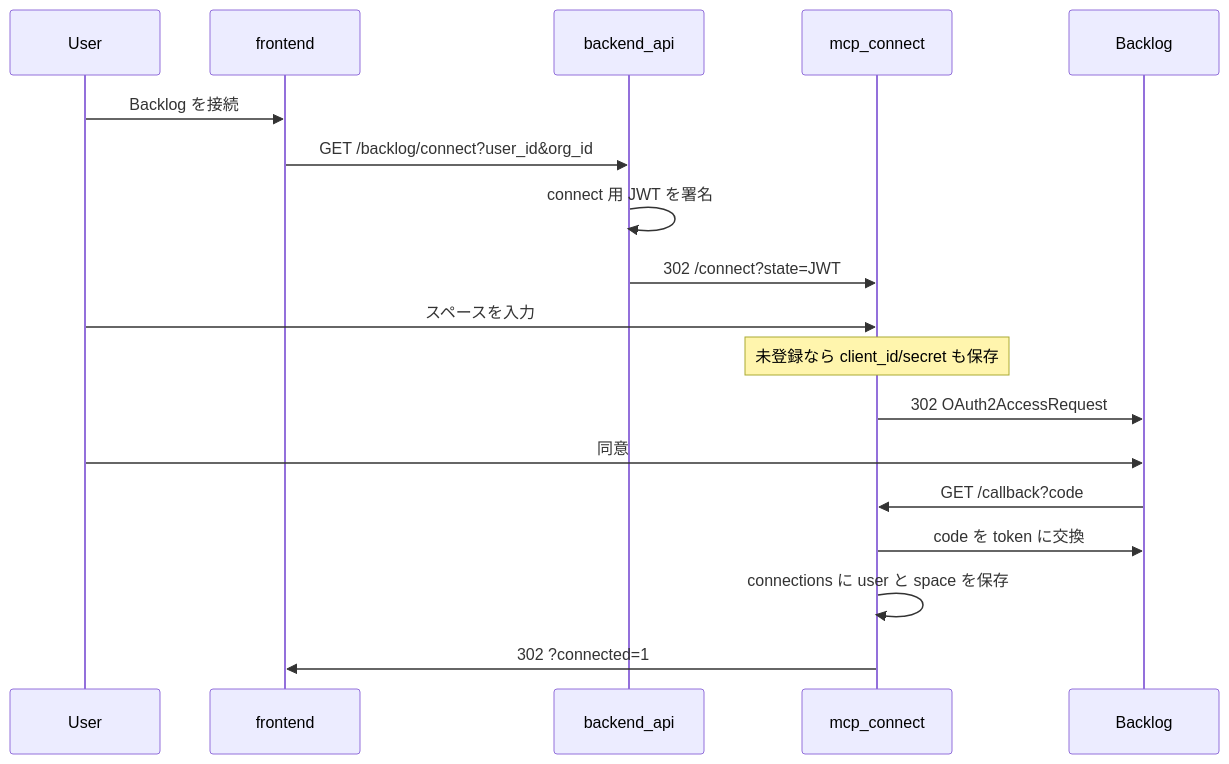
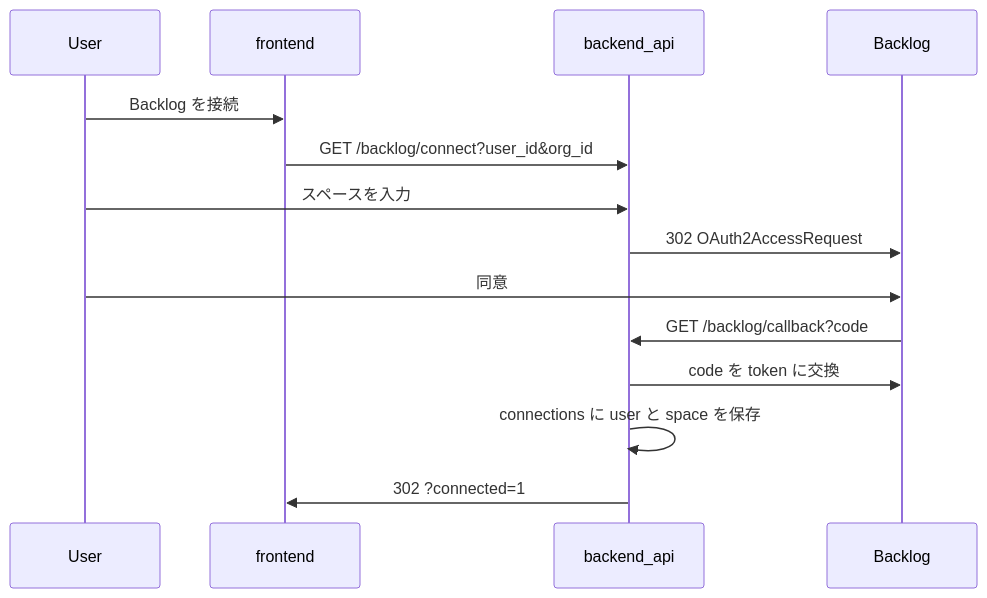
Before and after one commit to haru-256/backlog-mcp-sandbox: the third of 4 diagrams in v3/README.md, drawn with Mermaid. The commit also changed other lines of this file and 39 other files, not shown here.

First line of the commit message:
Move Backlog OAuth and token storage from MCP onto the Host.

````diff
--- a/v3/README.md
+++ b/v3/README.md
@@ -156,21 +155,17 @@
 ```mermaid
 sequenceDiagram
   participant User
   participant FE as frontend
   participant Host as backend_api
-  participant MCP as mcp_connect
   participant Backlog
 
   User->>FE: Backlog を接続
   FE->>Host: GET /backlog/connect?user_id&org_id
-  Host->>Host: connect 用 JWT を署名
-  Host->>MCP: 302 /connect?state=JWT
-  User->>MCP: スペースを入力
-  Note over MCP: 未登録なら client_id/secret も保存
-  MCP->>Backlog: 302 OAuth2AccessRequest
+  User->>Host: スペースを入力
+  Host->>Backlog: 302 OAuth2AccessRequest
   User->>Backlog: 同意
-  Backlog->>MCP: GET /callback?code
-  MCP->>Backlog: code を token に交換
-  MCP->>MCP: connections に user と space を保存
-  MCP->>FE: 302 ?connected=1
+  Backlog->>Host: GET /backlog/callback?code
+  Host->>Backlog: code を token に交換
+  Host->>Host: connections に user と space を保存
+  Host->>FE: 302 ?connected=1
 ```
````
